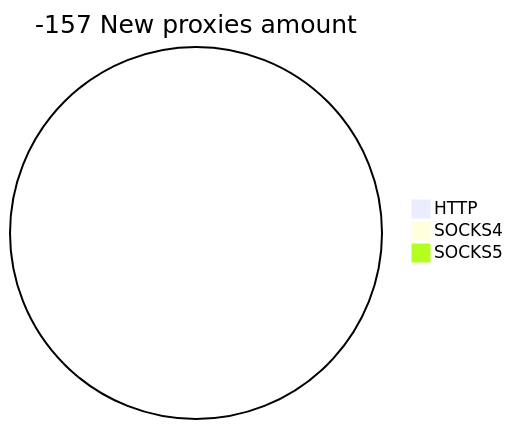
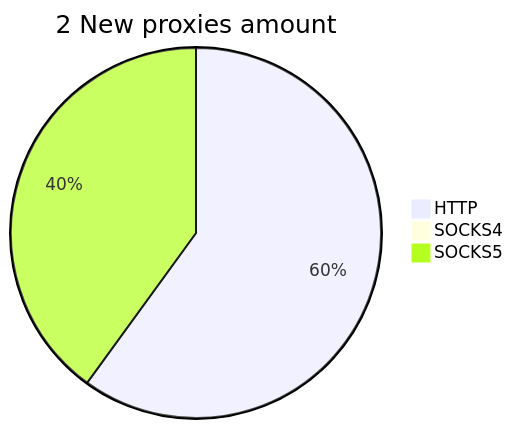
One commit to cutipu/proxylist changed the second of 2 diagrams in README.md. Above: the diagram before and after it, drawn with Mermaid. The commit also changed other lines of this file, not shown here.

````diff
--- a/README.md
+++ b/README.md
@@ -10,6 +10,6 @@
 ```mermaid
-pie title -157 New proxies amount
-    "HTTP" : 0
+pie title 2 New proxies amount
+    "HTTP" : 3
     "SOCKS4" : 0
-    "SOCKS5" : 0
+    "SOCKS5" : 2
 ```
````
